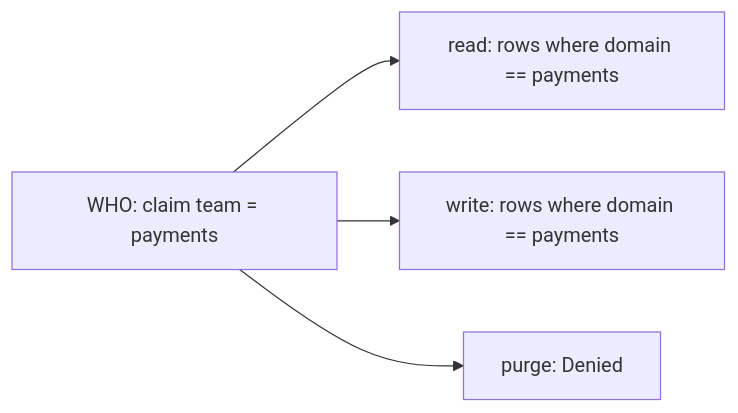
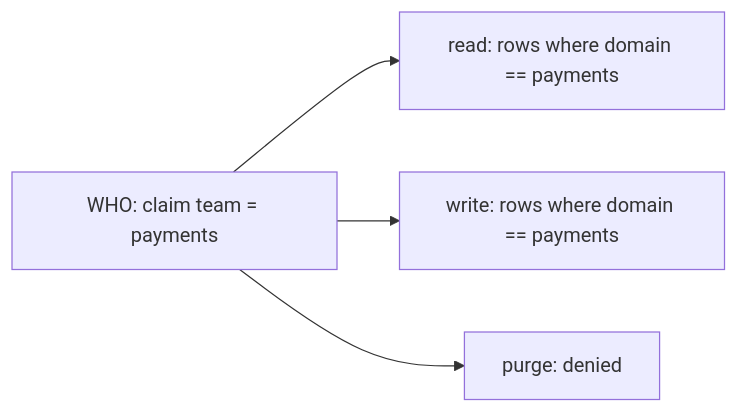
Before and after one commit to corvus-dotnet/Corvus.JsonSchema: the first of 2 diagrams in docs/arazzo/specs/access/access-model.md, drawn with Mermaid. The commit also changed other lines of this file, not shown here.

````diff
--- a/docs/arazzo/specs/access/access-model.md
+++ b/docs/arazzo/specs/access/access-model.md
@@ -30,6 +34,6 @@
 ```mermaid
 flowchart LR
   Claim["WHO: claim team = payments"] --> R["read: rows where domain == payments"]
   Claim --> W["write: rows where domain == payments"]
-  Claim --> P["purge: Denied"]
+  Claim --> P["purge: denied"]
 ```
````
